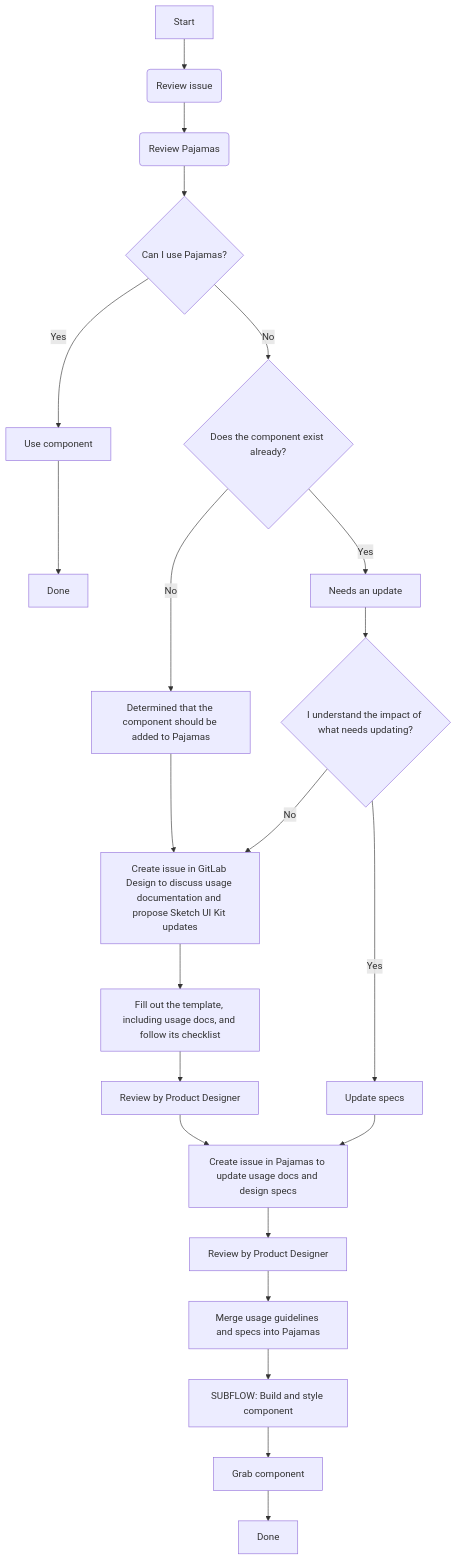
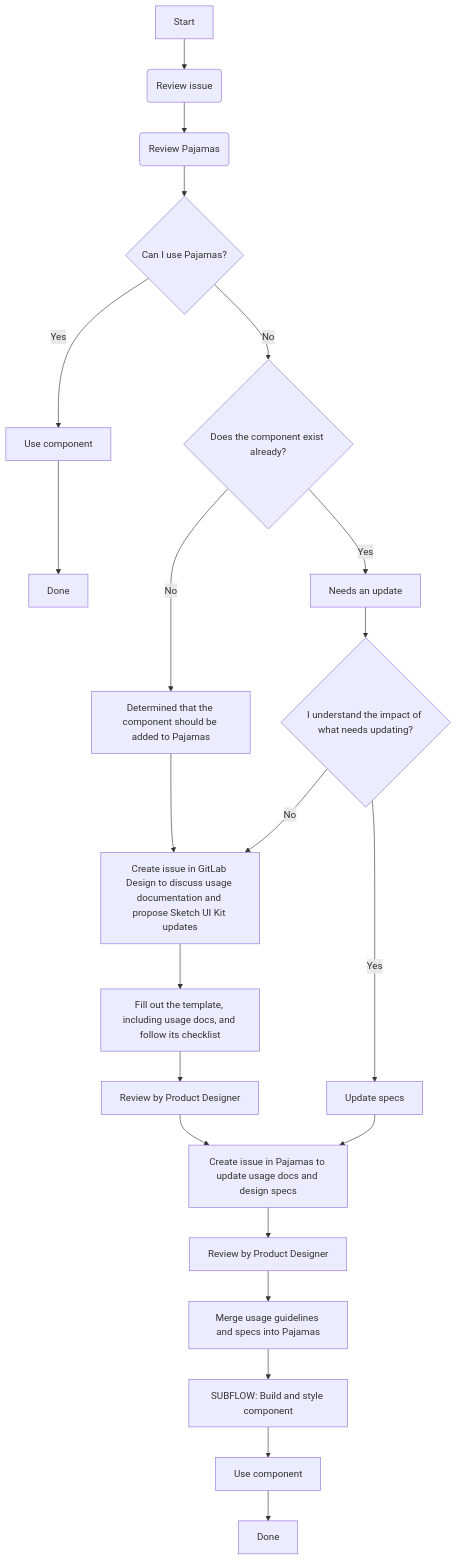
One commit to khulnasoft-lab/design.khulnasoft.com changed the diagram in doc/component-lifecycle.md. Above: the diagram before and after it, drawn with Mermaid.

Commit message:
Apply suggestion to doc/component-lifecycle.md

````diff
--- a/doc/component-lifecycle.md
+++ b/doc/component-lifecycle.md
@@ -58,28 +58,28 @@
 ```mermaid
 graph TD;
 A[Start] -->B(Review issue)
 B--> C(Review Pajamas)
 click C "https://design.gitlab.com"
 C-->D{Can I use Pajamas?}
 D -->|Yes| E[Use component]
 E --> F[Done]
 D -->|No| G{Does the component exist already?}
 G-->|No| H[Determined that the component should be added to Pajamas]
 H-->I[Create issue in GitLab Design to discuss usage documentation and propose Sketch UI Kit updates]
 click I "https://gitlab.com/gitlab-org/gitlab-design/issues/new?issuable_template=UX%20Pattern"
 I-->J[Fill out the template, including usage docs, and follow its checklist]
 J-->K[Review by Product Designer]
 K-->L[Create issue in Pajamas to update usage docs and design specs]
 click L "https://gitlab.com/gitlab-org/gitlab-services/design.gitlab.com/issues/new"
 L-->M[Review by Product Designer]
 M-->N[Merge usage guidelines and specs into Pajamas]
 N-->O[SUBFLOW: Build and style component]
 click O "https://gitlab.com/gitlab-org/gitlab-ui/blob/master/doc/component-lifecycle.md"
-O-->P[Grab component]
+O-->P[Use component]
 P-->Q[Done]
 G-->|Yes| R[Needs an update]
 R-->S{I understand the impact of what needs updating?}
 S-->|Yes| T[Update specs]
 T-->L
 S-->|No| I
 ```
````
